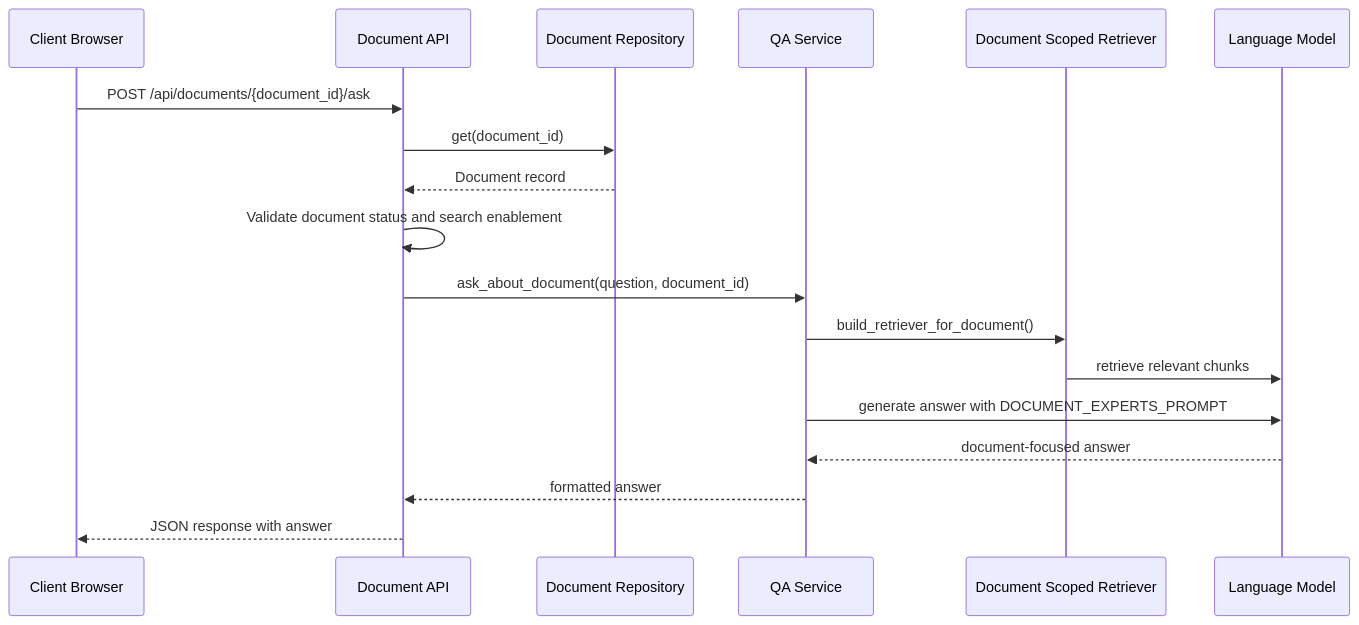
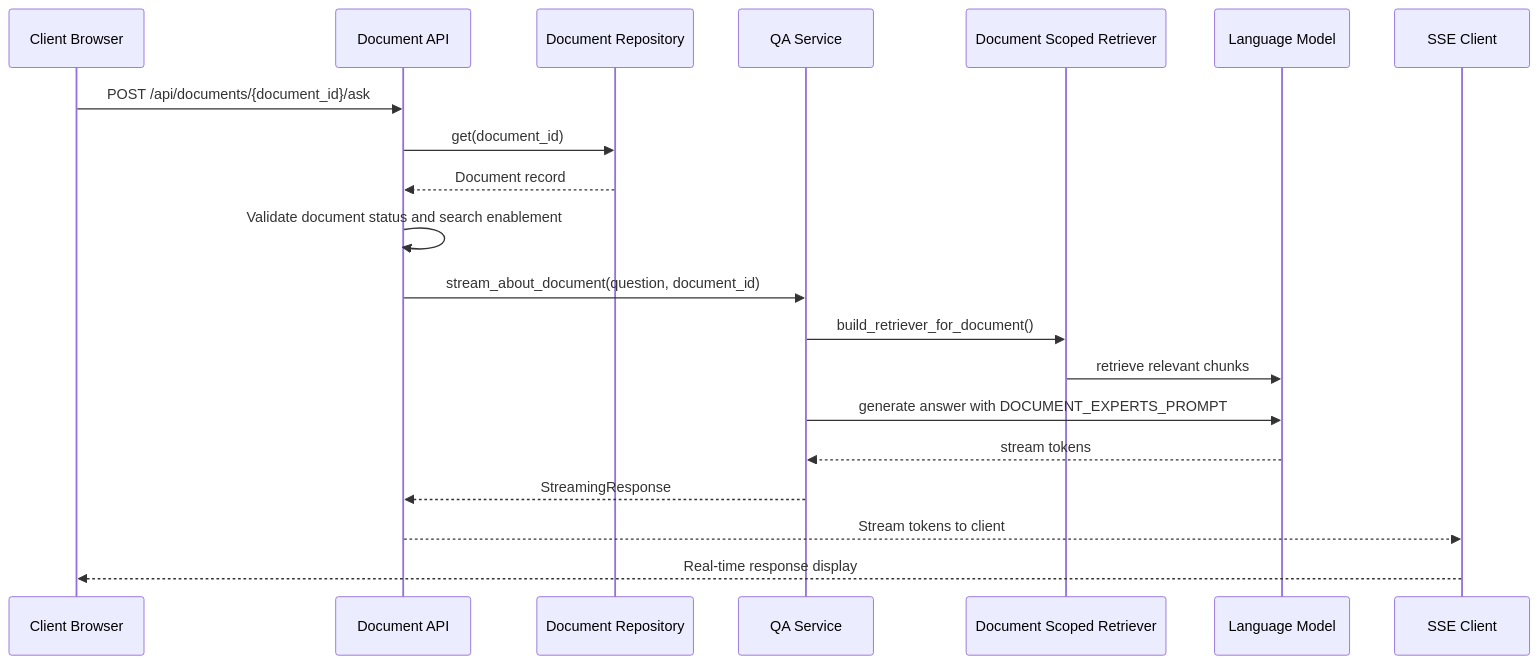
Before and after one commit to ognelis/cafetera_hr_bot: diagram 17 of 25 in .qoder/repowiki/en/content/Document Management System.md, drawn with Mermaid. The commit also changed other lines of this file and 5 other files, not shown here.

````diff
--- a/.qoder/repowiki/en/content/Document Management System.md
+++ b/.qoder/repowiki/en/content/Document Management System.md
@@ -1309,20 +1399,22 @@
 ```mermaid
 sequenceDiagram
 participant Client as Client Browser
 participant API as Document API
 participant Repo as Document Repository
 participant QAService as QA Service
 participant DocScopedRetriever as Document Scoped Retriever
 participant LLM as Language Model
+participant SSEClient as SSE Client
 Client->>API : POST /api/documents/{document_id}/ask
 API->>Repo : get(document_id)
 Repo-->>API : Document record
 API->>API : Validate document status and search enablement
-API->>QAService : ask_about_document(question, document_id)
+API->>QAService : stream_about_document(question, document_id)
 QAService->>DocScopedRetriever : build_retriever_for_document()
 DocScopedRetriever->>LLM : retrieve relevant chunks
 QAService->>LLM : generate answer with DOCUMENT_EXPERTS_PROMPT
-LLM-->>QAService : document-focused answer
-QAService-->>API : formatted answer
-API-->>Client : JSON response with answer
+LLM-->>QAService : stream tokens
+QAService-->>API : StreamingResponse
+API-->>SSEClient : Stream tokens to client
+SSEClient-->>Client : Real-time response display
 ```
````
